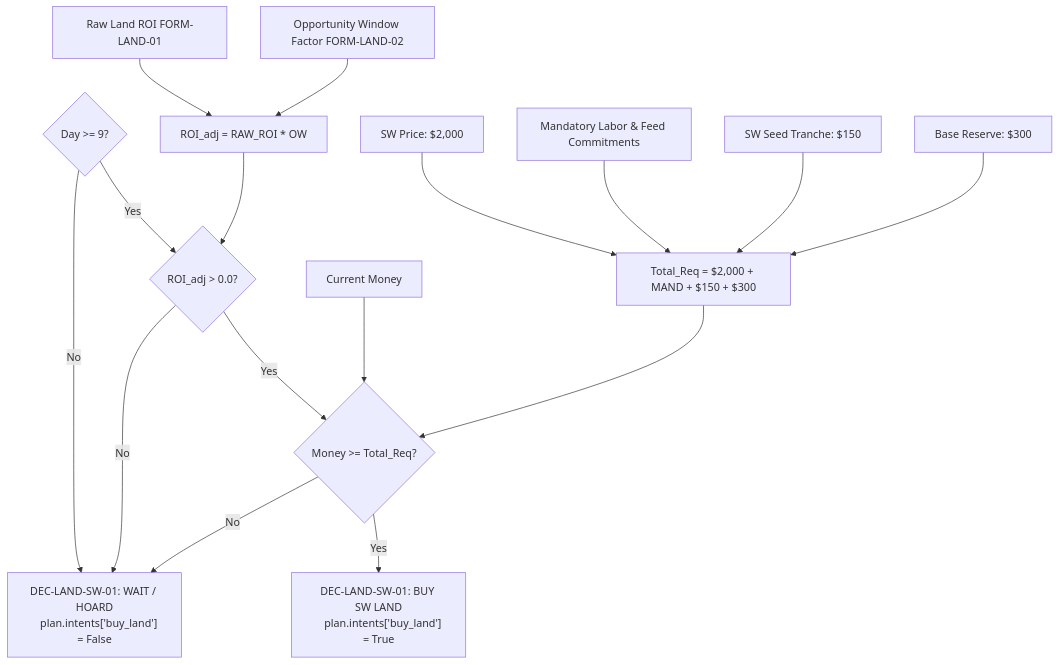
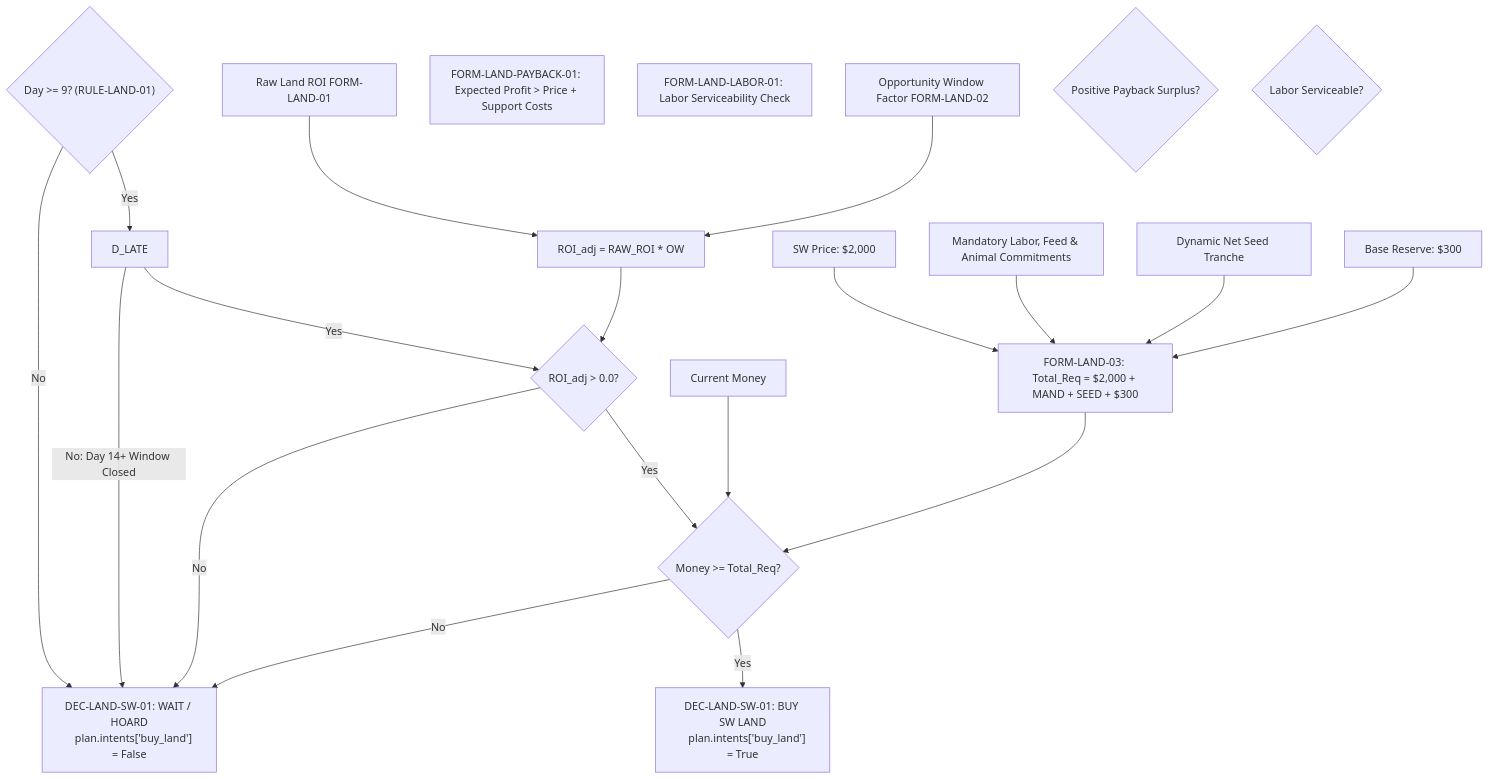
The first of 4 diagrams in architecture/decision_formula.md (aaryasj0310-stack/farm), drawn with Mermaid before and after one commit. The commit also changed other lines of this file and 242 other files, not shown here.

````diff
--- a/architecture/decision_formula.md
+++ b/architecture/decision_formula.md
@@ -32,39 +37,45 @@
 ```mermaid
 flowchart TD
     M[Current Money]
     RAW_ROI[Raw Land ROI FORM-LAND-01]
     OW[Opportunity Window Factor FORM-LAND-02]
-    MAND[Mandatory Labor & Feed Commitments]
-    SEED_REQ[SW Seed Tranche: $150]
+    MAND[Mandatory Labor, Feed & Animal Commitments]
+    SEED_REQ[Dynamic Net Seed Tranche]
     RES[Base Reserve: $300]
     PRICE[SW Price: $2,000]
 
     ADJ_ROI["ROI_adj = RAW_ROI * OW"]
-    TOT_REQ["Total_Req = $2,000 + MAND + $150 + $300"]
+    TOT_REQ["FORM-LAND-03: Total_Req = $2,000 + MAND + SEED + $300"]
+    PAYBACK["FORM-LAND-PAYBACK-01: Expected Profit > Price + Support Costs"]
+    LABOR["FORM-LAND-LABOR-01: Labor Serviceability Check"]
 
-    D_DAY{"Day >= 9?"}
+    D_EARLY{"Day >= 9? (RULE-LAND-01)"}
     D_ROI{"ROI_adj > 0.0?"}
+    D_PAYBACK{"Positive Payback Surplus?"}
+    D_LABOR{"Labor Serviceable?"}
     D_CASH{"Money >= Total_Req?"}
 
     BUY_TRUE["DEC-LAND-SW-01: BUY SW LAND
     plan.intents['buy_land'] = True"]
     BUY_FALSE["DEC-LAND-SW-01: WAIT / HOARD
     plan.intents['buy_land'] = False"]
 
     RAW_ROI --> ADJ_ROI
     OW --> ADJ_ROI
     PRICE --> TOT_REQ
     MAND --> TOT_REQ
     SEED_REQ --> TOT_REQ
     RES --> TOT_REQ
 
-    D_DAY -->|No| BUY_FALSE
-    D_DAY -->|Yes| D_ROI
+    D_EARLY -->|No| BUY_FALSE
+    D_EARLY -->|Yes| D_LATE
+    D_LATE -->|No: Day 14+ Window Closed| BUY_FALSE
+    D_LATE -->|Yes| D_ROI
     ADJ_ROI --> D_ROI
     D_ROI -->|No| BUY_FALSE
     D_ROI -->|Yes| D_CASH
     M --> D_CASH
     TOT_REQ --> D_CASH
     D_CASH -->|Yes| BUY_TRUE
     D_CASH -->|No| BUY_FALSE
 ```
````
